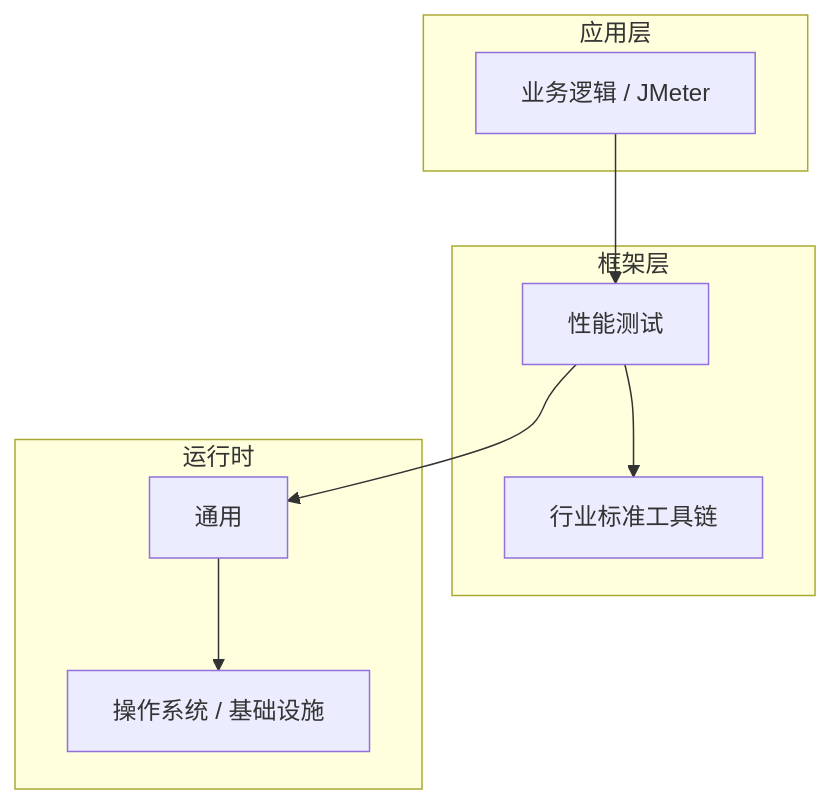
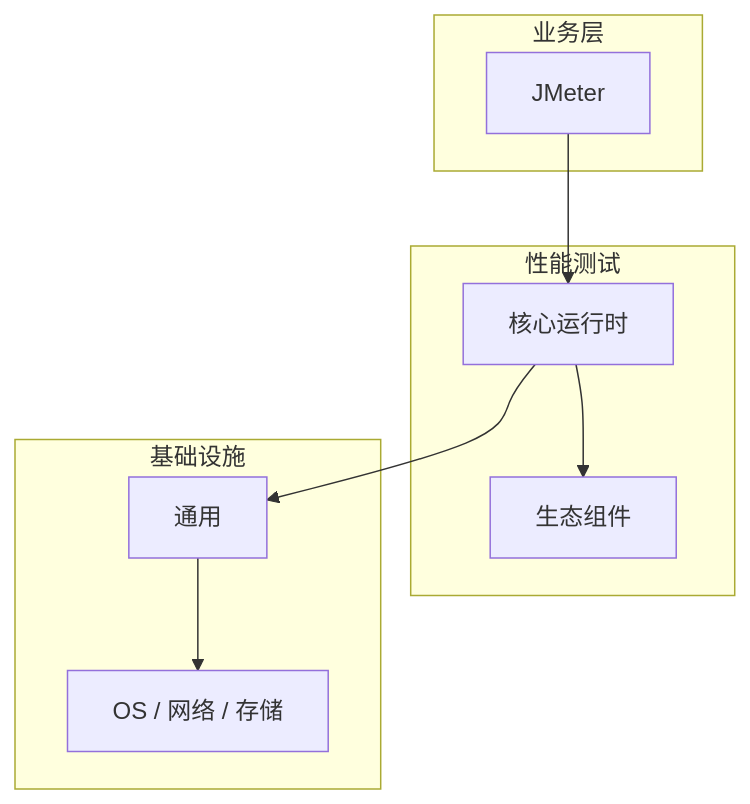
One commit to yanggan2015/knowledge-json-v2 changed the diagram in articles/性能测试/chapters/029-JMeter核心概念与原理.md. Above: the diagram before and after it, drawn with Mermaid. The commit also changed other lines of this file and 10127 other files, not shown here.

````diff
--- a/articles/性能测试/chapters/029-JMeter核心概念与原理.md
+++ b/articles/性能测试/chapters/029-JMeter核心概念与原理.md
@@ -45,18 +34,18 @@
 ```mermaid
 graph TB
-    subgraph 应用层
-        A[业务逻辑 / JMeter]
+    subgraph 业务层
+        A[JMeter]
     end
-    subgraph 框架层
-        B[性能测试]
-        C[行业标准工具链]
+    subgraph 性能测试
+        B[核心运行时]
+        C[生态组件]
     end
-    subgraph 运行时
+    subgraph 基础设施
         D[通用]
-        E[操作系统 / 基础设施]
+        E[OS / 网络 / 存储]
     end
     A --> B
     B --> C
     B --> D
     D --> E
 ```
````
